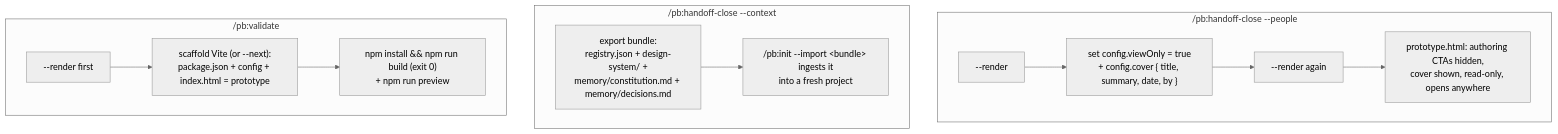
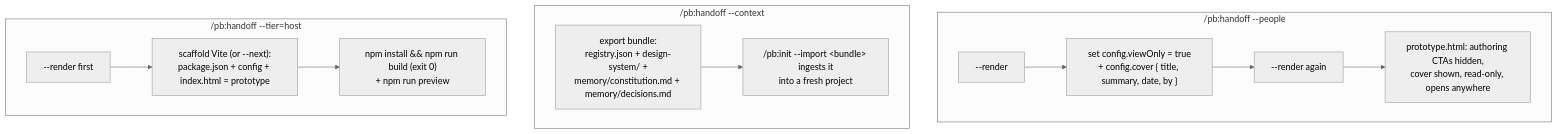
The fourth of 4 diagrams in docs/data-flow.md (danhnbui/prototype-builder), drawn with Mermaid (neutral theme) before and after one commit. The commit also changed other lines of this file and 22 other files, not shown here.

````diff
--- a/docs/data-flow.md
+++ b/docs/data-flow.md
@@ -138,16 +138,16 @@
 ```mermaid
 flowchart TD
-  subgraph people["/pb:handoff-close --people"]
+  subgraph people["/pb:handoff --people"]
     PP1["--render"] --> PP2["set config.viewOnly = true<br/>+ config.cover { title, summary, date, by }"]
     PP2 --> PP3["--render again"]
     PP3 --> PP4["prototype.html: authoring CTAs hidden,<br/>cover shown, read-only, opens anywhere"]
   end
-  subgraph ctx["/pb:handoff-close --context"]
+  subgraph ctx["/pb:handoff --context"]
     CX1["export bundle:<br/>registry.json + design-system/ +<br/>memory/constitution.md + memory/decisions.md"]
     CX1 --> CX2["/pb:init --import &lt;bundle&gt; ingests it<br/>into a fresh project"]
   end
-  subgraph val["/pb:validate"]
+  subgraph val["/pb:handoff --tier=host"]
     V1["--render first"] --> V2["scaffold Vite (or --next):<br/>package.json + config + index.html = prototype"]
     V2 --> V3["npm install && npm run build (exit 0)<br/>+ npm run preview"]
   end
 ```
````
